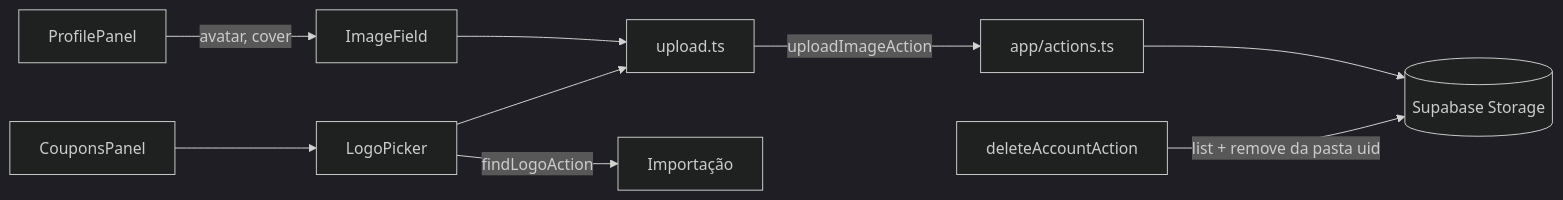
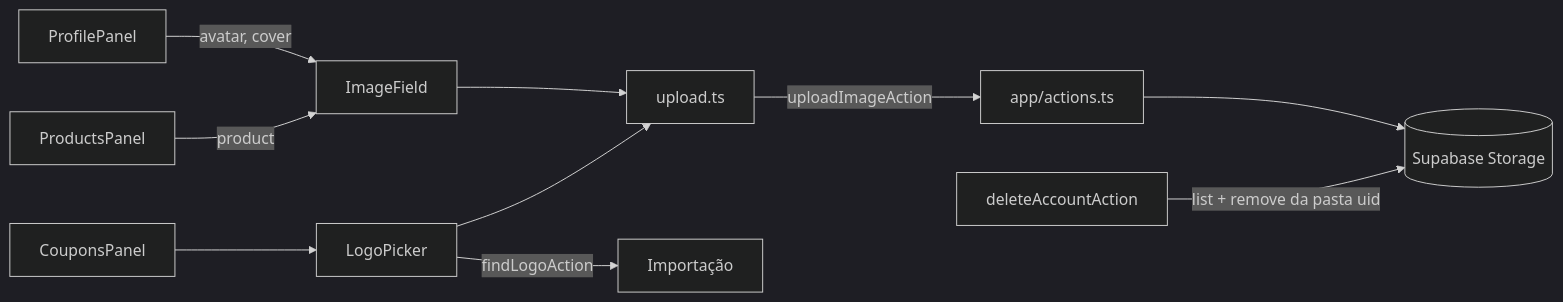
Before and after one commit to estevaons/myvitri: the second of 2 diagrams in docs/apps/uploads.md, drawn with Mermaid (dark theme). The commit also changed other lines of this file and 12 other files, not shown here.

````diff
--- a/docs/apps/uploads.md
+++ b/docs/apps/uploads.md
@@ -88,11 +93,12 @@
 ```mermaid
 graph LR
     PERF[ProfilePanel] -->|avatar, cover| IF[ImageField]
+    PROD[ProductsPanel] -->|product| IF
     CUP[CouponsPanel] --> LP[LogoPicker]
     IF --> UP[upload.ts]
     LP --> UP
     LP -->|findLogoAction| IMP[Importação]
     UP -->|uploadImageAction| ACT[app/actions.ts]
     ACT --> ST[(Supabase Storage)]
     DEL[deleteAccountAction] -->|list + remove da pasta uid| ST
 ```
````
